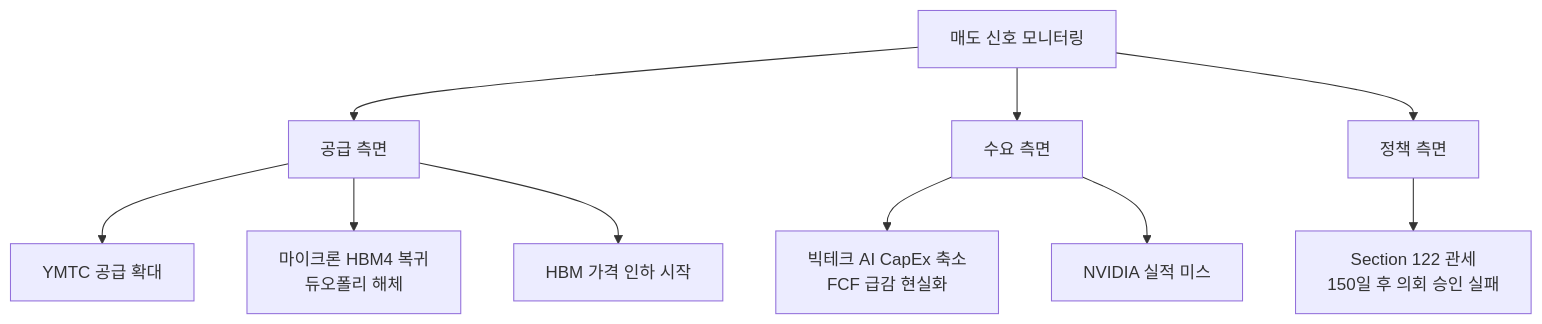
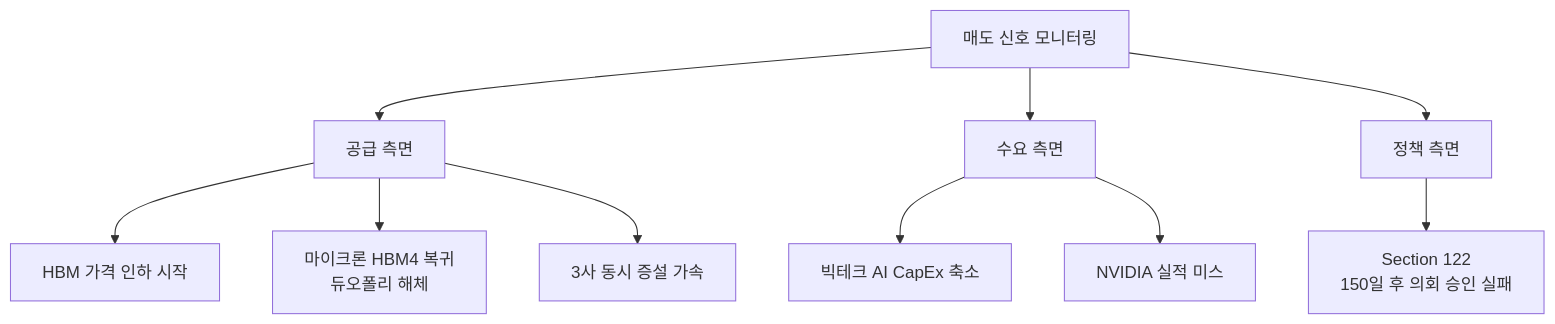
Before and after one commit to dss99911/dss99911.github.io: the second of 2 diagrams in _posts/knowledge/invest/2026-01-21-hbm-sector-outlook-2026.md, drawn with Mermaid. The commit also changed other lines of this file and 14 other files, not shown here.

````diff
--- a/_posts/knowledge/invest/2026-01-21-hbm-sector-outlook-2026.md
+++ b/_posts/knowledge/invest/2026-01-21-hbm-sector-outlook-2026.md
@@ -273,15 +230,15 @@
 ```mermaid
 flowchart TD
     A["매도 신호 모니터링"] --> B["공급 측면"]
     A --> C["수요 측면"]
     A --> D["정책 측면"]
 
-    B --> B1["YMTC 공급 확대"]
+    B --> B1["HBM 가격 인하 시작"]
     B --> B2["마이크론 HBM4 복귀<br/>듀오폴리 해체"]
-    B --> B3["HBM 가격 인하 시작"]
+    B --> B3["3사 동시 증설 가속"]
 
-    C --> C1["빅테크 AI CapEx 축소<br/>FCF 급감 현실화"]
+    C --> C1["빅테크 AI CapEx 축소"]
     C --> C2["NVIDIA 실적 미스"]
 
-    D --> D1["Section 122 관세<br/>150일 후 의회 승인 실패"]
+    D --> D1["Section 122<br/>150일 후 의회 승인 실패"]
 ```
````
